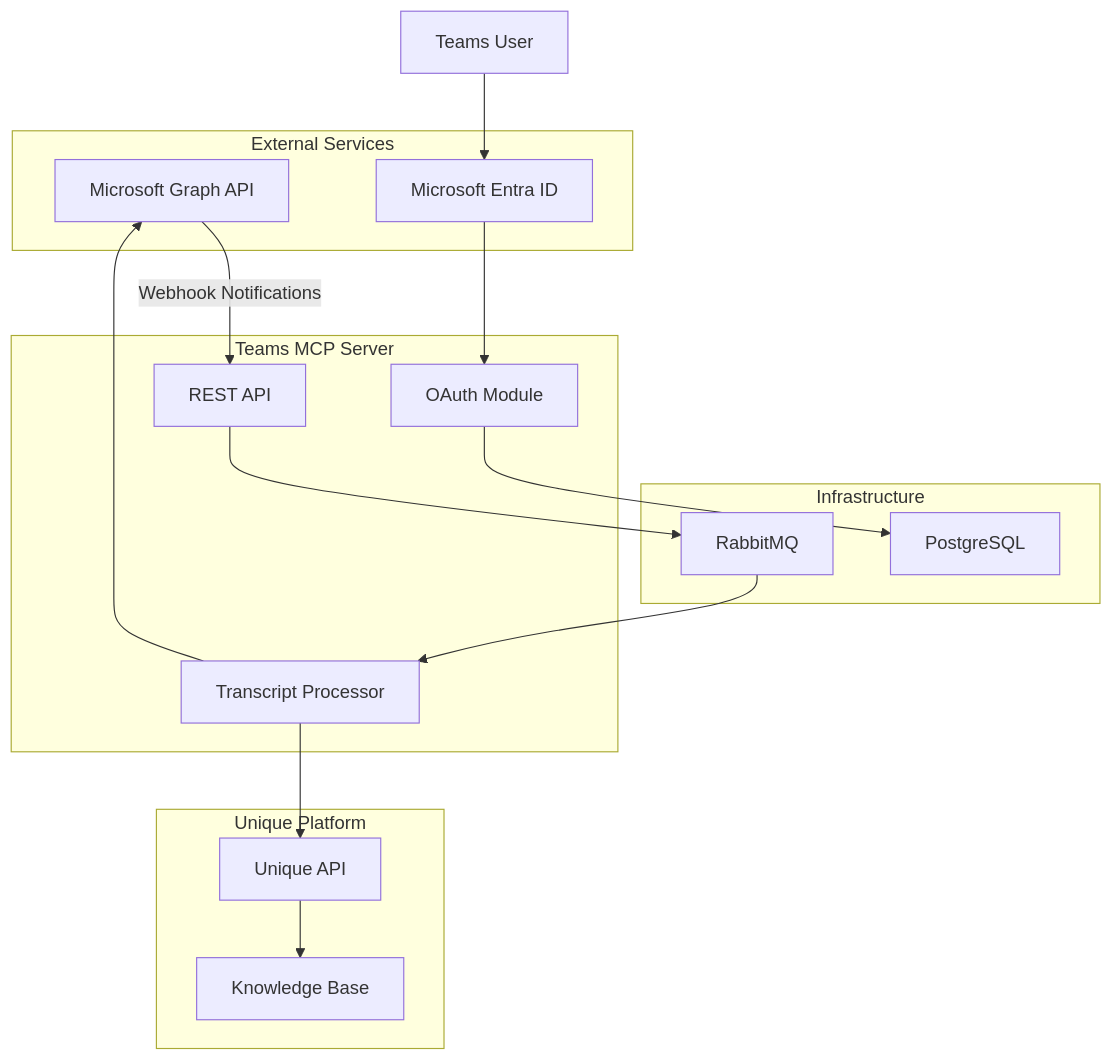
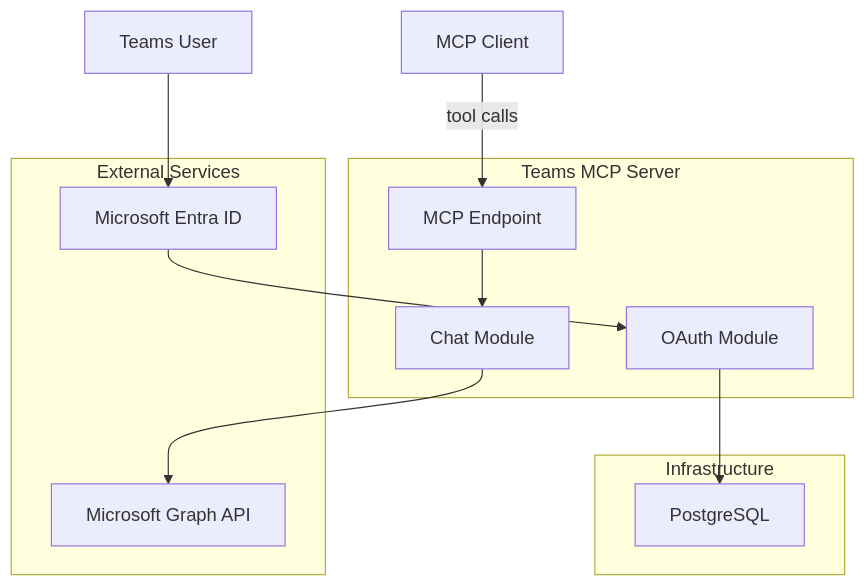
One commit to Unique-AG/connectors changed the first of 3 diagrams in services/teams-mcp/docs/README.md. Above: the diagram before and after it, drawn with Mermaid. The commit also changed other lines of this file and 19 other files, not shown here.

````diff
--- a/services/teams-mcp/docs/README.md
+++ b/services/teams-mcp/docs/README.md
@@ -181,35 +122,25 @@
 ```mermaid
 flowchart TB
     subgraph External["External Services"]
         MSGraph["Microsoft Graph API"]
         EntraID["Microsoft Entra ID"]
     end
 
     subgraph TeamsMCP["Teams MCP Server"]
-        API["REST API"]
+        MCPEndpoint["MCP Endpoint"]
         OAuth["OAuth Module"]
-        Processor["Transcript Processor"]
+        Chat["Chat Module"]
     end
 
     subgraph Infrastructure["Infrastructure"]
-        RabbitMQ["RabbitMQ"]
         PostgreSQL["PostgreSQL"]
-    end
-
-    subgraph Unique["Unique Platform"]
-        UniqueAPI["Unique API"]
-        Storage["Knowledge Base"]
     end
 
     User["Teams User"] --> EntraID
     EntraID --> OAuth
     OAuth --> PostgreSQL
 
-    MSGraph -->|"Webhook Notifications"| API
-    API --> RabbitMQ
-    RabbitMQ --> Processor
-
-    Processor --> MSGraph
-    Processor --> UniqueAPI
-    UniqueAPI --> Storage
+    Client["MCP Client"] -->|"tool calls"| MCPEndpoint
+    MCPEndpoint --> Chat
+    Chat --> MSGraph
 ```
````
